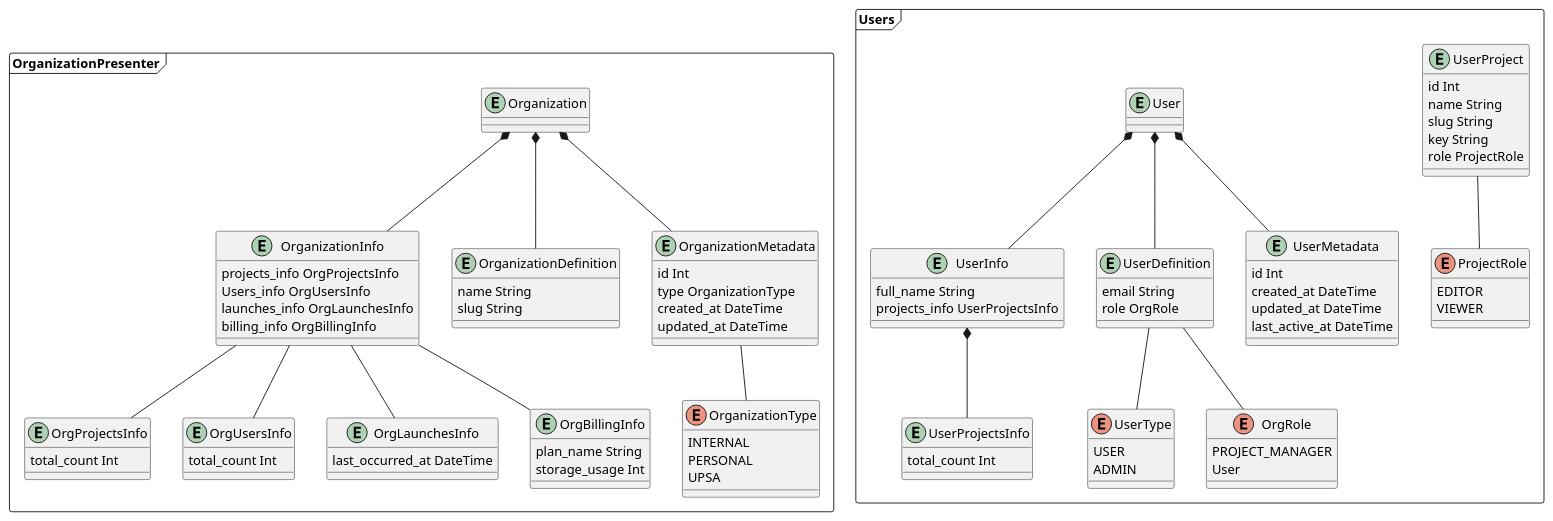
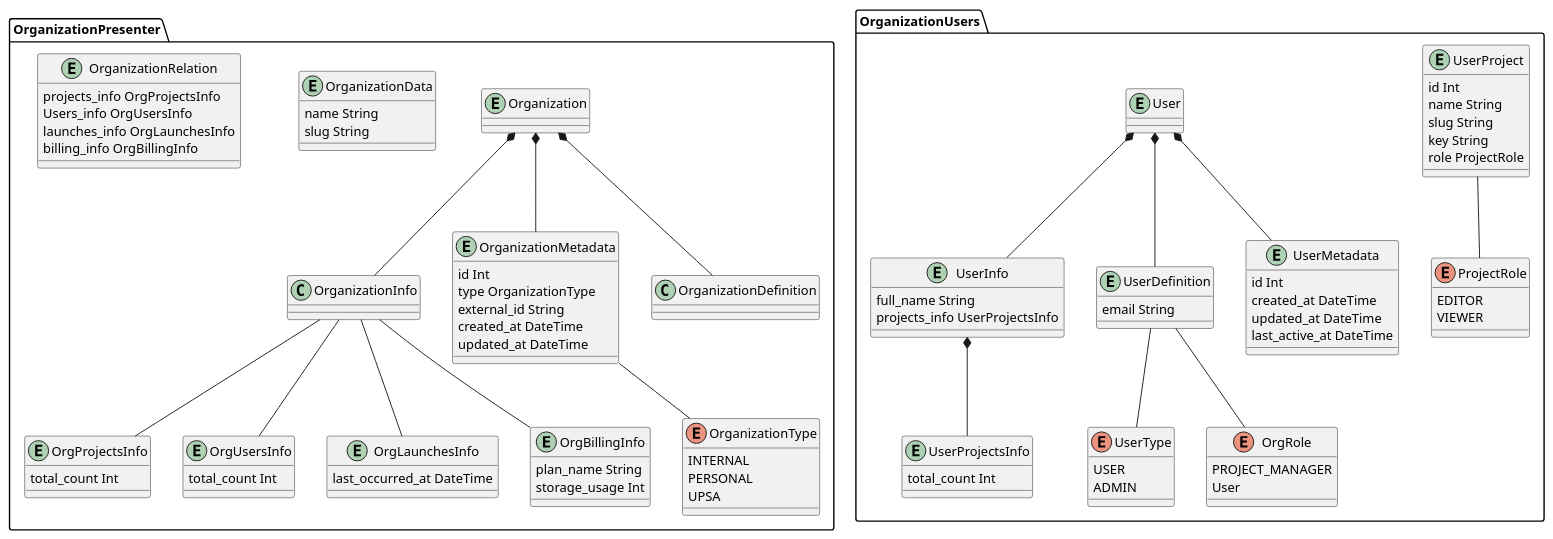
The diagram in docs/organizations/orgnizations.puml (reportportal/api-registry), drawn with PlantUML before and after one commit. The commit also changed 1 other file, not shown here.

```diff
--- a/docs/organizations/orgnizations.puml
+++ b/docs/organizations/orgnizations.puml
@@ -5,119 +5,119 @@
 @startuml organizational-entities
 
-frame OrganizationPresenter {
+package OrganizationPresenter {
+  
   entity Organization
   
-  entity OrganizationDefinition {
+  entity OrganizationData {
     name String
     slug String
   }
 
   entity OrganizationMetadata {
     id Int
     type OrganizationType
+    external_id String
     created_at DateTime
     updated_at DateTime
   }
 
-  entity OrganizationInfo {
+  entity OrganizationRelation {
     projects_info OrgProjectsInfo
     Users_info OrgUsersInfo
     launches_info OrgLaunchesInfo
     billing_info OrgBillingInfo
   }
 
   entity OrgProjectsInfo {
     total_count Int
   }
   OrgProjectsInfo -up- OrganizationInfo
 
   entity OrgUsersInfo {
     total_count Int
   }
   OrgUsersInfo -up- OrganizationInfo
 
   entity OrgLaunchesInfo {
     last_occurred_at DateTime
   }
   OrgLaunchesInfo -up- OrganizationInfo
 
   entity OrgBillingInfo {
     plan_name String
     storage_usage Int
   }
   OrgBillingInfo -up- OrganizationInfo
 
   enum OrganizationType {
     INTERNAL
     PERSONAL
     UPSA
   }
   OrganizationMetadata -- OrganizationType
 
   Organization *-- OrganizationDefinition
   Organization *-- OrganizationMetadata
   Organization *-- OrganizationInfo
 
+
+
+  
 }
 
-frame Users {
+package OrganizationUsers {
 
   entity User
 
   entity UserDefinition {
     email String
-    role OrgRole
   }
   UserDefinition -up-* User
 
   entity UserMetadata {
     id Int
     created_at DateTime
     updated_at DateTime
     last_active_at DateTime
   }
   UserMetadata -up-* User
 
   entity UserInfo {
     full_name String
     projects_info UserProjectsInfo
   }
   UserInfo -up-* User
 
   enum UserType {
     USER
     ADMIN
   }
   UserType -up- UserDefinition
 
   enum OrgRole {
     PROJECT_MANAGER
     User
   }
   OrgRole -up- UserDefinition
 
   entity UserProjectsInfo {
     total_count Int
   }
   UserProjectsInfo -up-* UserInfo
 
   entity UserProject {
     id Int
     name String
     slug String
     key String
     role ProjectRole
   }
 
   enum ProjectRole {
     EDITOR
     VIEWER
   }
   ProjectRole -up- UserProject
 }
 
-frame Users {
-  entity User 
-}
-
 @enduml
```
